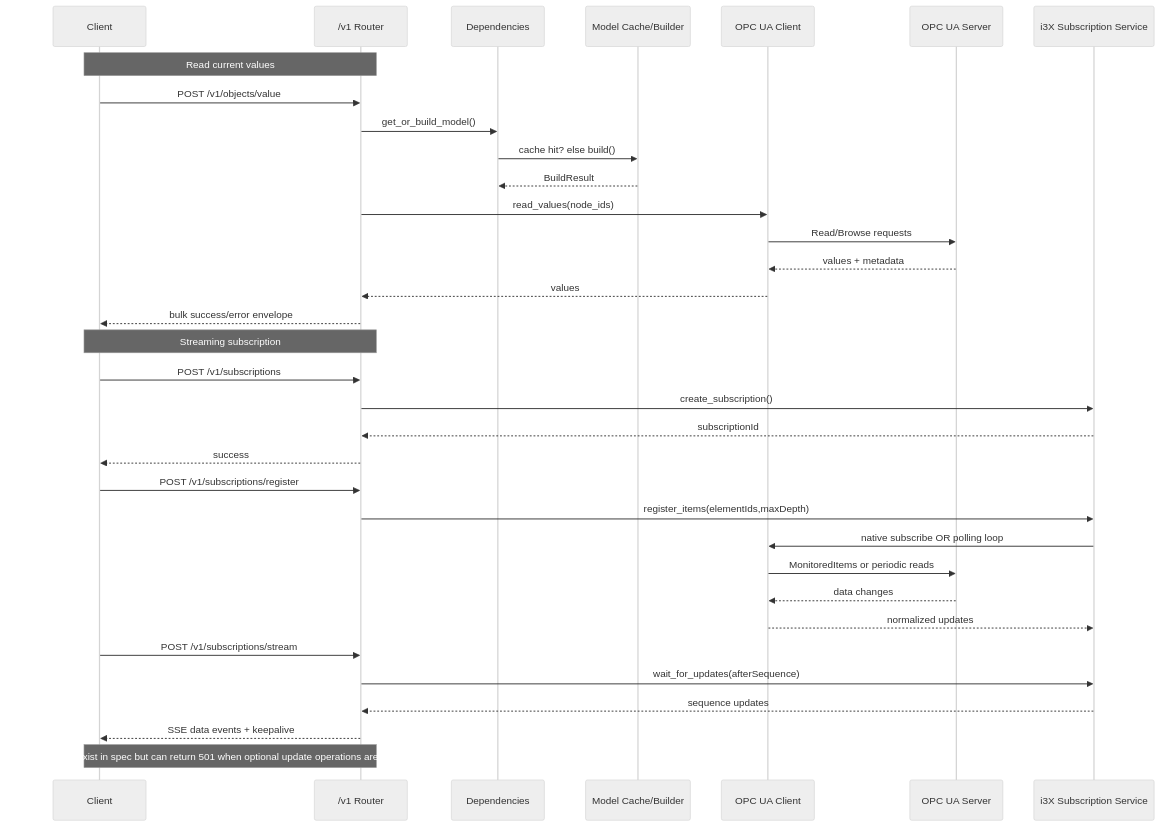
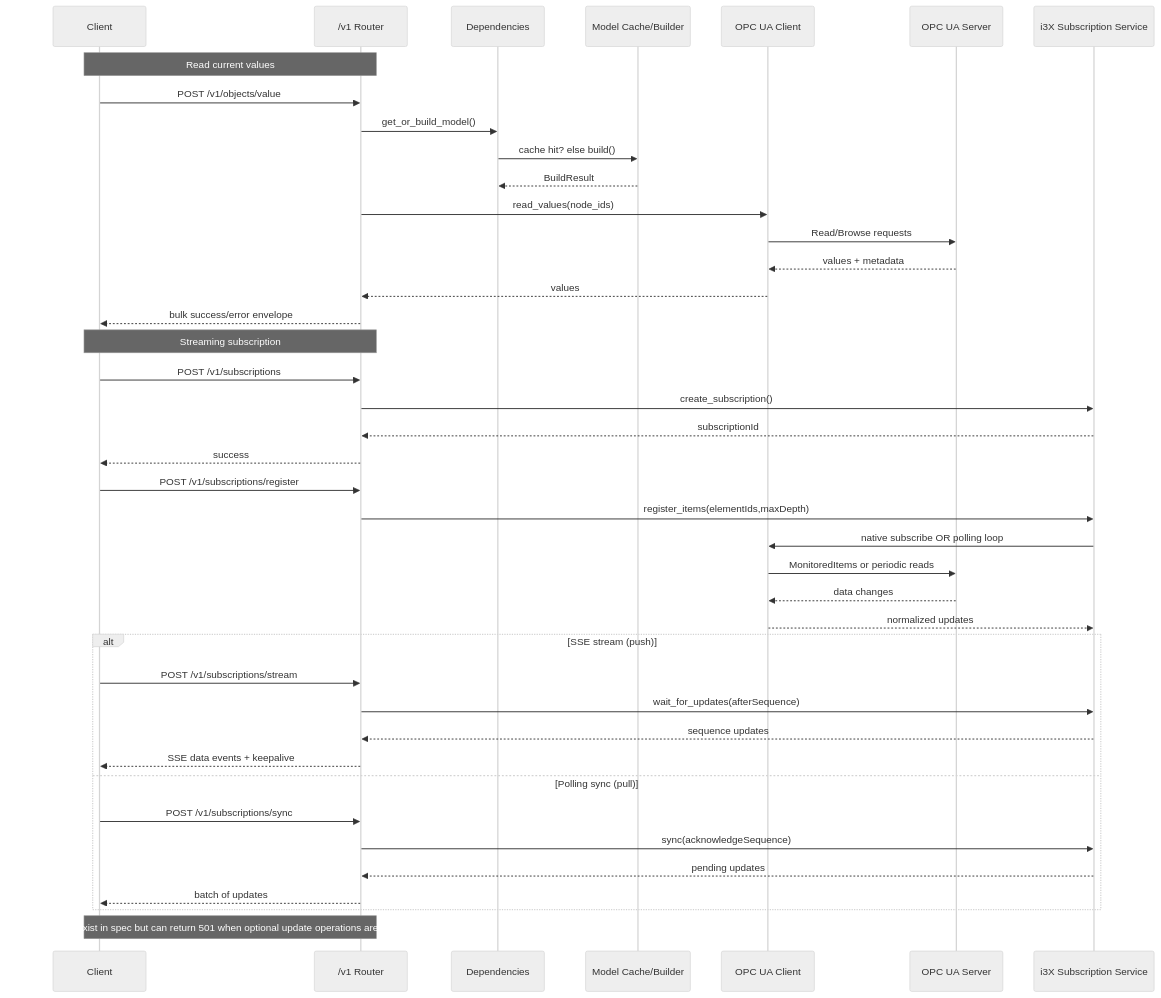
One commit to AndreasHeine/i3x2ua changed the second of 2 diagrams in README.md. Above: the diagram before and after it, drawn with Mermaid (neutral theme). The commit also changed other lines of this file, not shown here.

First line of the commit message:
docs: add /subscriptions/sync alt path to sequence diagram

````diff
--- a/README.md
+++ b/README.md
@@ -88,40 +66,48 @@
 ```mermaid
 sequenceDiagram
 	participant C as Client
 	participant R as /v1 Router
 	participant D as Dependencies
 	participant M as Model Cache/Builder
 	participant O as OPC UA Client
 	participant U as OPC UA Server
 	participant S as i3X Subscription Service
 
 	Note over C,R: Read current values
 	C->>R: POST /v1/objects/value
 	R->>D: get_or_build_model()
 	D->>M: cache hit? else build()
 	M-->>D: BuildResult
 	R->>O: read_values(node_ids)
 	O->>U: Read/Browse requests
 	U-->>O: values + metadata
 	O-->>R: values
 	R-->>C: bulk success/error envelope
 
 	Note over C,R: Streaming subscription
 	C->>R: POST /v1/subscriptions
 	R->>S: create_subscription()
 	S-->>R: subscriptionId
 	R-->>C: success
 
 	C->>R: POST /v1/subscriptions/register
 	R->>S: register_items(elementIds,maxDepth)
 	S->>O: native subscribe OR polling loop
 	O->>U: MonitoredItems or periodic reads
 	U-->>O: data changes
 	O-->>S: normalized updates
-	C->>R: POST /v1/subscriptions/stream
-	R->>S: wait_for_updates(afterSequence)
-	S-->>R: sequence updates
-	R-->>C: SSE data events + keepalive
+
+	alt SSE stream (push)
+		C->>R: POST /v1/subscriptions/stream
+		R->>S: wait_for_updates(afterSequence)
+		S-->>R: sequence updates
+		R-->>C: SSE data events + keepalive
+	else Polling sync (pull)
+		C->>R: POST /v1/subscriptions/sync
+		R->>S: sync(acknowledgeSequence)
+		S-->>R: pending updates
+		R-->>C: batch of updates
+	end
 
 	Note over C,R: Write API paths exist in spec but can return 501 when optional update operations are not implemented
 ```
````
